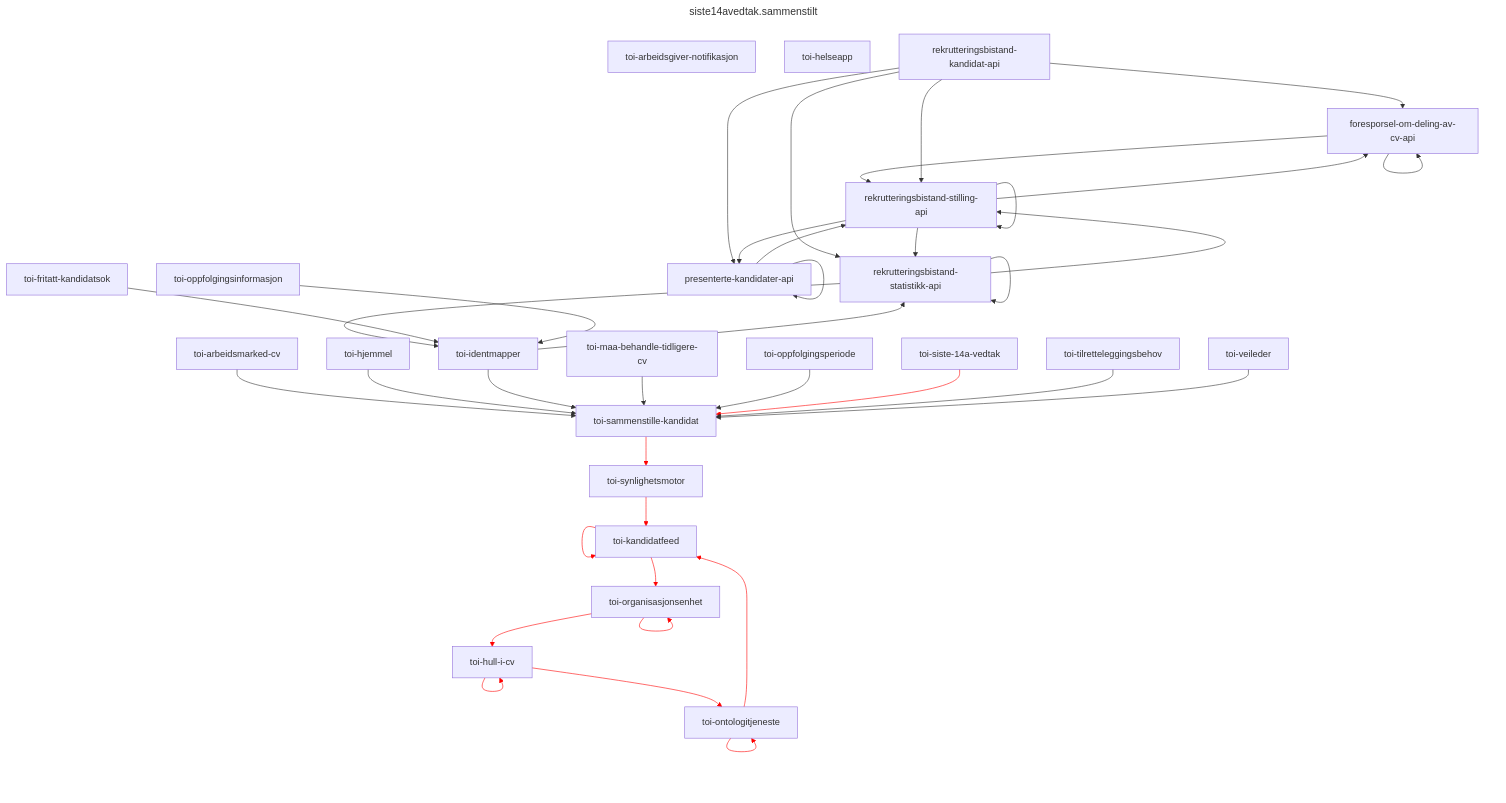
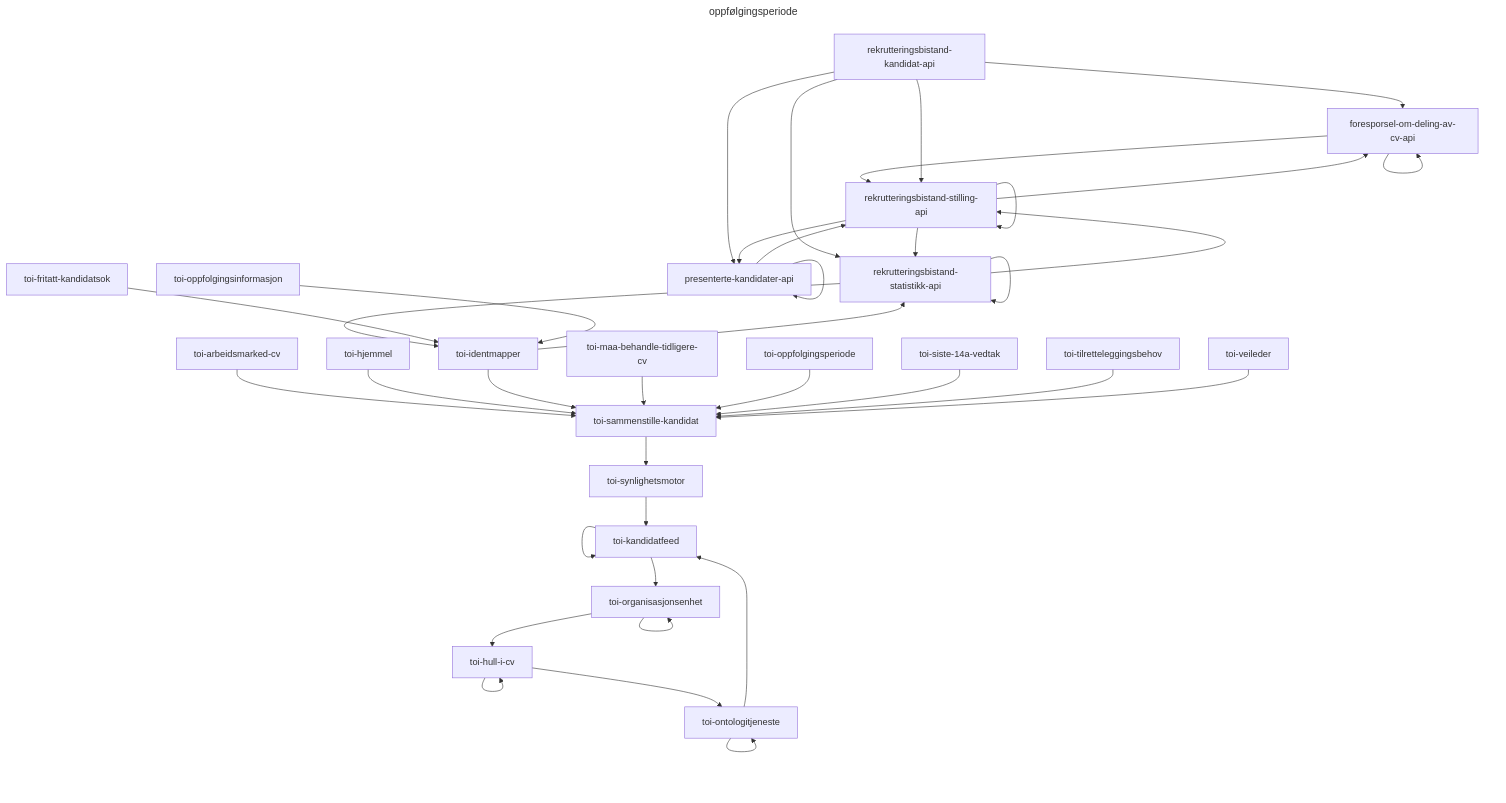
Diagram 14 of 34 in README.md (navikt/toi-rapids-and-rivers-grapher), drawn with Mermaid before and after one commit. The commit also changed other lines of this file, not shown here.

````diff
--- a/README.md
+++ b/README.md
@@ -652,56 +581,44 @@
 ```mermaid
 ---
-title: siste14avedtak.sammenstilt
+title: oppfølgingsperiode
 ---
 graph TD;
-toi-arbeidsgiver-notifikasjon;
-toi-helseapp;
 foresporsel-om-deling-av-cv-api --> foresporsel-om-deling-av-cv-api;
 foresporsel-om-deling-av-cv-api --> rekrutteringsbistand-stilling-api;
 presenterte-kandidater-api --> presenterte-kandidater-api;
 presenterte-kandidater-api --> rekrutteringsbistand-stilling-api;
 rekrutteringsbistand-kandidat-api --> foresporsel-om-deling-av-cv-api;
 rekrutteringsbistand-kandidat-api --> presenterte-kandidater-api;
 rekrutteringsbistand-kandidat-api --> rekrutteringsbistand-statistikk-api;
 rekrutteringsbistand-kandidat-api --> rekrutteringsbistand-stilling-api;
 rekrutteringsbistand-statistikk-api --> rekrutteringsbistand-statistikk-api;
 rekrutteringsbistand-statistikk-api --> rekrutteringsbistand-stilling-api;
 rekrutteringsbistand-statistikk-api --> toi-identmapper;
 rekrutteringsbistand-stilling-api --> foresporsel-om-deling-av-cv-api;
 rekrutteringsbistand-stilling-api --> presenterte-kandidater-api;
 rekrutteringsbistand-stilling-api --> rekrutteringsbistand-statistikk-api;
 rekrutteringsbistand-stilling-api --> rekrutteringsbistand-stilling-api;
 toi-arbeidsmarked-cv --> toi-sammenstille-kandidat;
 toi-fritatt-kandidatsok --> toi-identmapper;
 toi-hjemmel --> toi-sammenstille-kandidat;
 toi-hull-i-cv --> toi-hull-i-cv;
 toi-hull-i-cv --> toi-ontologitjeneste;
 toi-identmapper --> rekrutteringsbistand-statistikk-api;
 toi-identmapper --> toi-sammenstille-kandidat;
 toi-kandidatfeed --> toi-kandidatfeed;
 toi-kandidatfeed --> toi-organisasjonsenhet;
 toi-maa-behandle-tidligere-cv --> toi-sammenstille-kandidat;
 toi-ontologitjeneste --> toi-kandidatfeed;
 toi-ontologitjeneste --> toi-ontologitjeneste;
 toi-oppfolgingsinformasjon --> toi-identmapper;
 toi-oppfolgingsperiode --> toi-sammenstille-kandidat;
 toi-organisasjonsenhet --> toi-hull-i-cv;
 toi-organisasjonsenhet --> toi-organisasjonsenhet;
 toi-sammenstille-kandidat --> toi-synlighetsmotor;
 toi-siste-14a-vedtak --> toi-sammenstille-kandidat;
 toi-synlighetsmotor --> toi-kandidatfeed;
 toi-tilretteleggingsbehov --> toi-sammenstille-kandidat;
 toi-veileder --> toi-sammenstille-kandidat;
 
-linkStyle 18 stroke:red;
-linkStyle 19 stroke:red;
-linkStyle 22 stroke:red;
-linkStyle 23 stroke:red;
-linkStyle 25 stroke:red;
-linkStyle 26 stroke:red;
-linkStyle 29 stroke:red;
-linkStyle 30 stroke:red;
-linkStyle 31 stroke:red;
-linkStyle 32 stroke:red;
-linkStyle 33 stroke:red;
+
 ```
````
